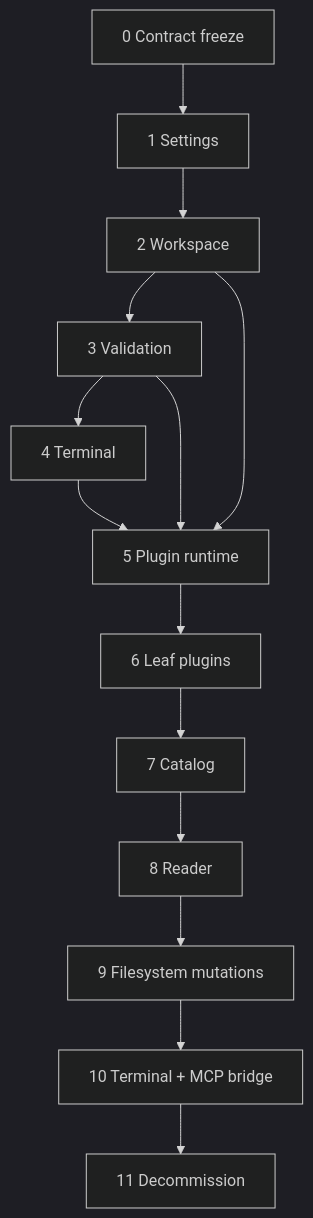
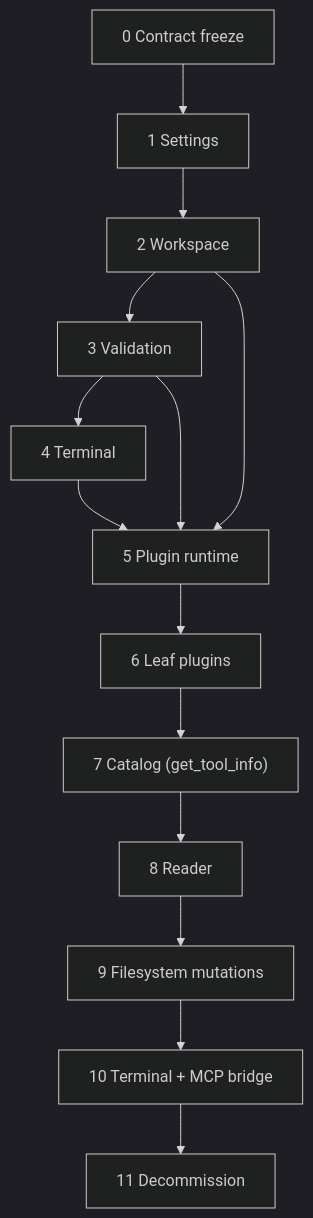
One commit to rahatarch/brud changed the fifth of 5 diagrams in docs/architecture/ROLLOUT_PLAN_CORE_TO_MICROKERNEL.md. Above: the diagram before and after it, drawn with Mermaid (dark theme). The commit also changed other lines of this file, not shown here.

First line of the commit message:
docs(architecture): elevate BrudTools to Level-1 core service (D-11)

````diff
--- a/docs/architecture/ROLLOUT_PLAN_CORE_TO_MICROKERNEL.md
+++ b/docs/architecture/ROLLOUT_PLAN_CORE_TO_MICROKERNEL.md
@@ -1485,20 +1587,20 @@
 ```mermaid
 flowchart TD
     P0["0 Contract freeze"]
     P1["1 Settings"]
     P2["2 Workspace"]
     P3["3 Validation"]
     P4["4 Terminal"]
     P5["5 Plugin runtime"]
     P6["6 Leaf plugins"]
-    P7["7 Catalog"]
+    P7["7 Catalog (get_tool_info)"]
     P8["8 Reader"]
     P9["9 Filesystem mutations"]
     P10["10 Terminal + MCP bridge"]
     P11["11 Decommission"]
 
     P0 --> P1 --> P2 --> P3 --> P4 --> P5
     P5 --> P6 --> P7 --> P8 --> P9 --> P10 --> P11
     P2 --> P5
     P3 --> P5
 ```
````
